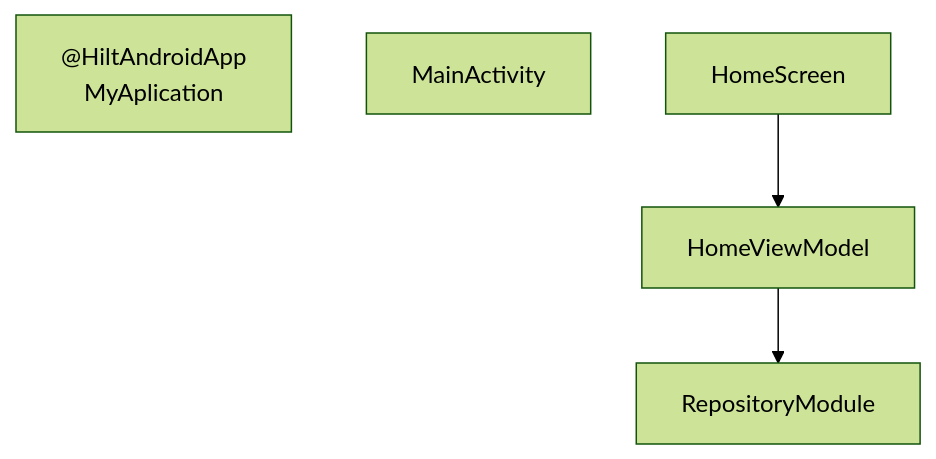
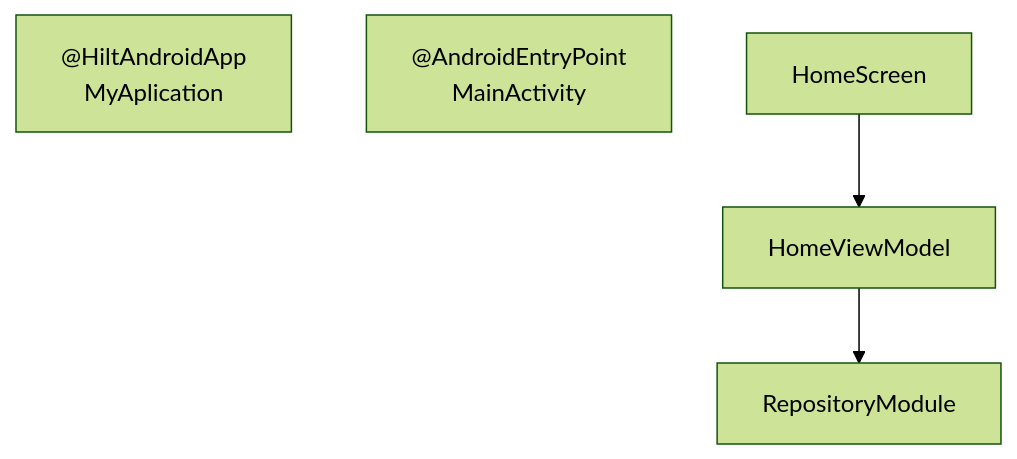
Before and after one commit to Ango1eiro/MySnippets: the diagram in Android/DI/Hilt/HiltComposeExample.md, drawn with Mermaid (forest theme).

````diff
--- a/Android/DI/Hilt/HiltComposeExample.md
+++ b/Android/DI/Hilt/HiltComposeExample.md
@@ -3,12 +3,12 @@
 ```mermaid
 
 
 
 graph TD;
     MyApplication["@HiltAndroidApp<br>MyAplication"];
-    MainActivity;
+    MainActivity["@AndroidEntryPoint<br>MainActivity"];
     HomeScreen-->HomeViewModel;
     HomeViewModel-->RepositoryModule;
     
 
 ```
````
